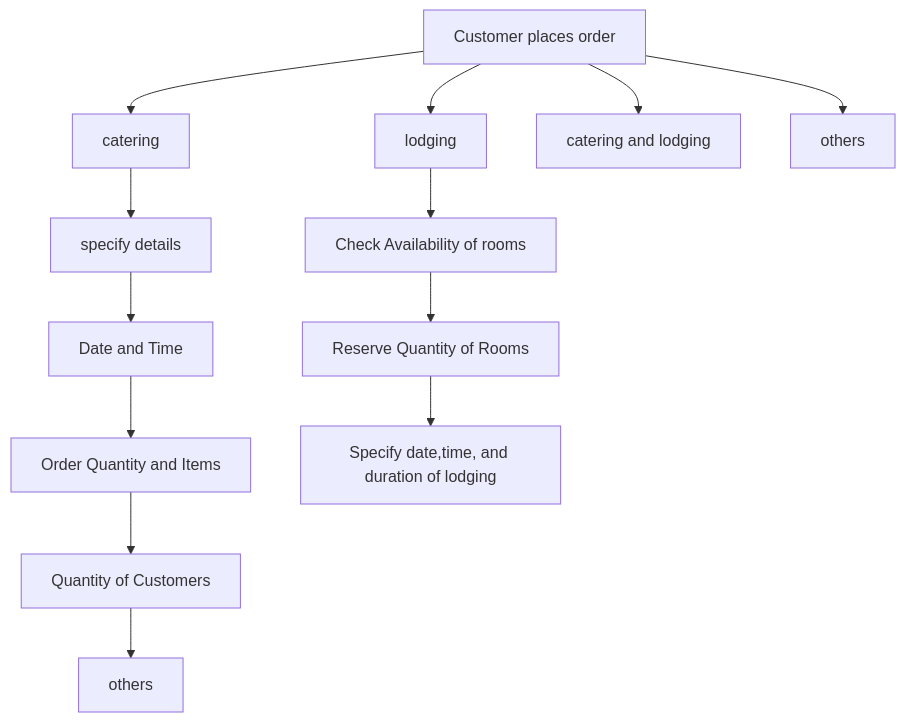
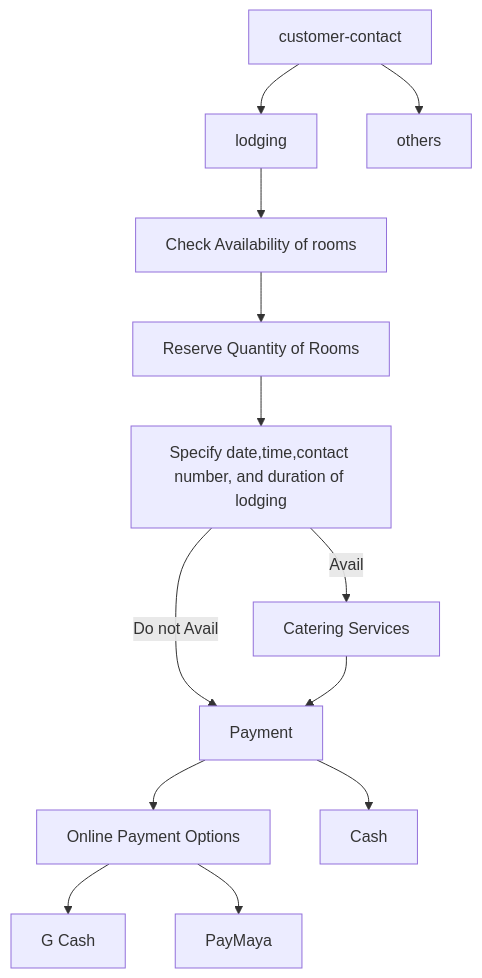
The diagram in BusinessProcessMermaid.md (isuckinprogramming/DataModels), drawn with Mermaid before and after one commit.

```diff
--- a/BusinessProcessMermaid.md
+++ b/BusinessProcessMermaid.md
@@ -9,16 +9,15 @@
 ::: mermaid
 graph TD;
-    customer-contact[Customer places order]-->catering[catering];
     customer-contact-->lodging[lodging];
-    customer-contact-->cater-and-lodge[catering and lodging];
     customer-contact-->unexpected-variables[others];
-    catering-->1-catering-process[specify details]
-    1-catering-process-->2-catering-process[Date and Time] 
-    2-catering-process-->3-catering-process[Order Quantity and Items]
-    3-catering-process-->4-catering-process[Quantity of Customers]
-    4-catering-process-->5-catering-process[others]
     lodging-->1-lodging-process[Check Availability of rooms]
     1-lodging-process-->2-lodging-process[Reserve Quantity of Rooms]
-    2-lodging-process-->3-lodging-process[Specify date,time, and duration of lodging]
-
+    2-lodging-process-->3-lodging-process[Specify date,time,contact number, and duration of lodging]
+    3-lodging-process --> |Avail| 4-lodging-process[Catering Services]
+    3-lodging-process --> |Do not Avail| 5-lodging-process[Payment]
+    4-lodging-process --> 5-lodging-process
+    5-lodging-process --> 6-lodging-process[Online Payment Options]
+    5-lodging-process --> 7-lodging-process[Cash]
+    6-lodging-process --> 8-lodging-process[G Cash]
+    6-lodging-process --> 9-lodging-process[PayMaya ]
 :::
```
